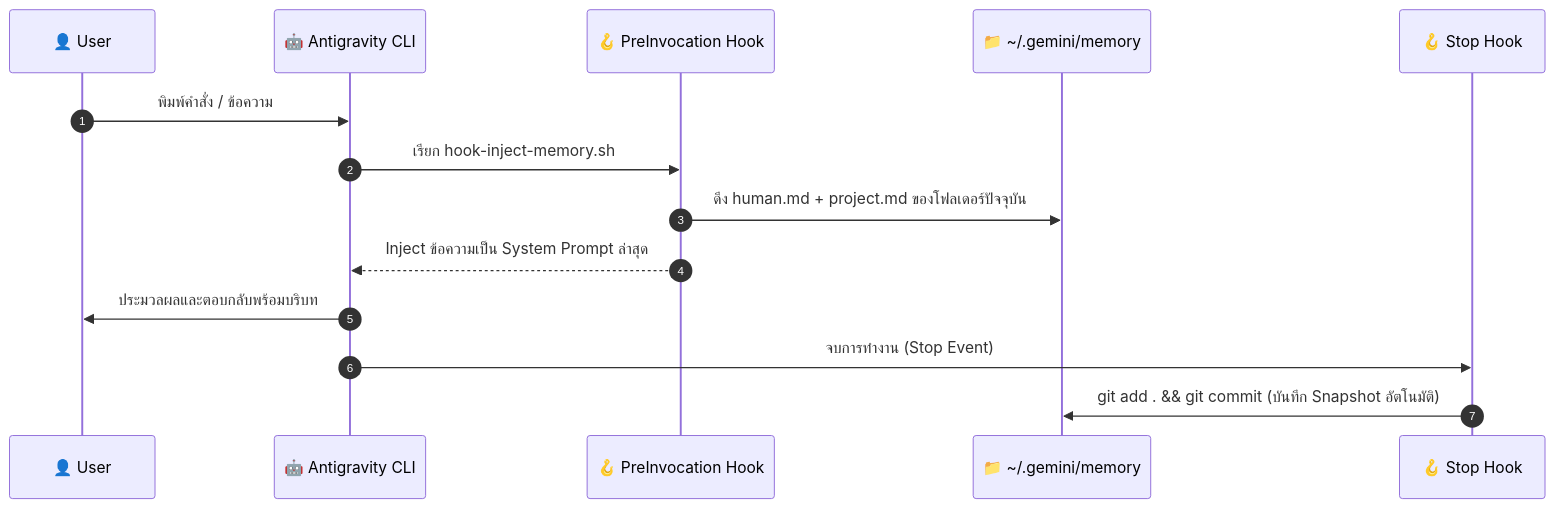
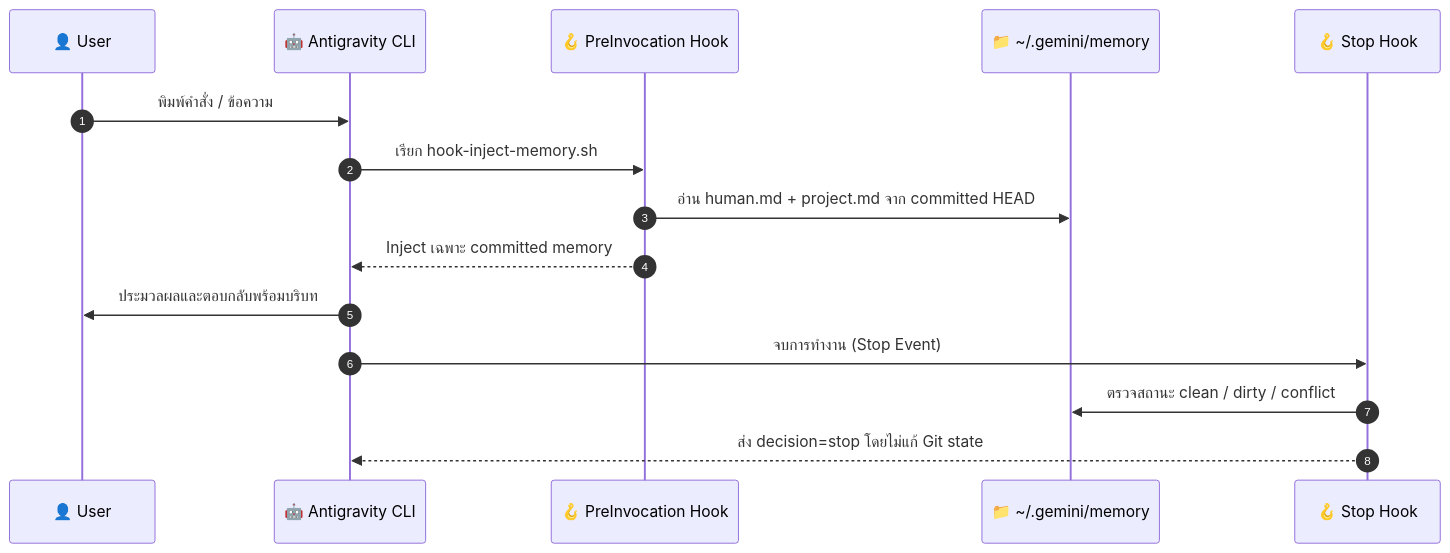
One commit to mahirocoko/agy-memory-layer changed the diagram in INSTALLATION_DETAILS.md. Above: the diagram before and after it, drawn with Mermaid. The commit also changed other lines of this file and 53 other files, not shown here.

````diff
--- a/INSTALLATION_DETAILS.md
+++ b/INSTALLATION_DETAILS.md
@@ -100,17 +104,18 @@
 ```mermaid
 sequenceDiagram
     autonumber
     participant User as 👤 User
     participant Engine as 🤖 Antigravity CLI
     participant Hook as 🪝 PreInvocation Hook
     participant Mem as 📁 ~/.gemini/memory
-    participant Commit as 🪝 Stop Hook
+    participant Stop as 🪝 Stop Hook
 
     User->>Engine: พิมพ์คำสั่ง / ข้อความ
     Engine->>Hook: เรียก hook-inject-memory.sh
-    Hook->>Mem: ดึง human.md + project.md ของโฟลเดอร์ปัจจุบัน
-    Hook-->>Engine: Inject ข้อความเป็น System Prompt ล่าสุด
+    Hook->>Mem: อ่าน human.md + project.md จาก committed HEAD
+    Hook-->>Engine: Inject เฉพาะ committed memory
     Engine->>User: ประมวลผลและตอบกลับพร้อมบริบท
-    Engine->>Commit: จบการทำงาน (Stop Event)
-    Commit->>Mem: git add . && git commit (บันทึก Snapshot อัตโนมัติ)
+    Engine->>Stop: จบการทำงาน (Stop Event)
+    Stop->>Mem: ตรวจสถานะ clean / dirty / conflict
+    Stop-->>Engine: ส่ง decision=stop โดยไม่แก้ Git state
 ```
````
